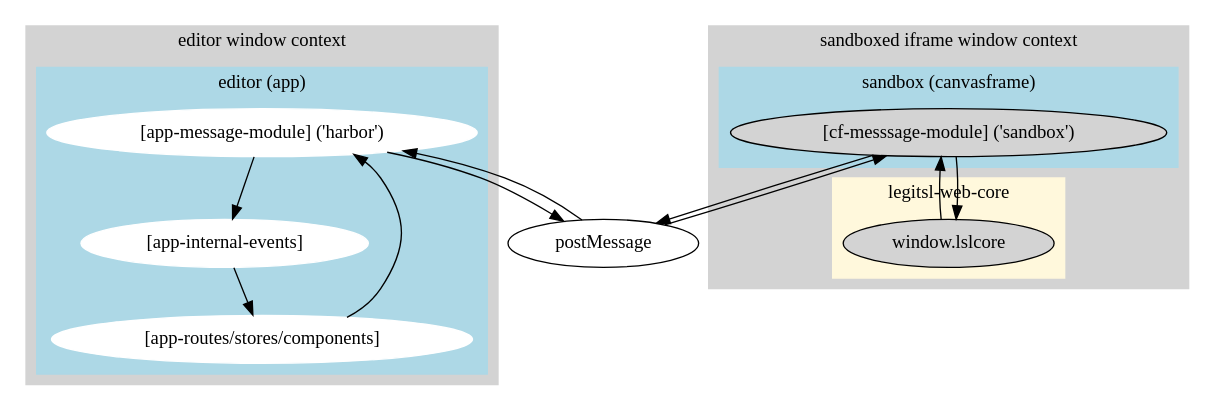
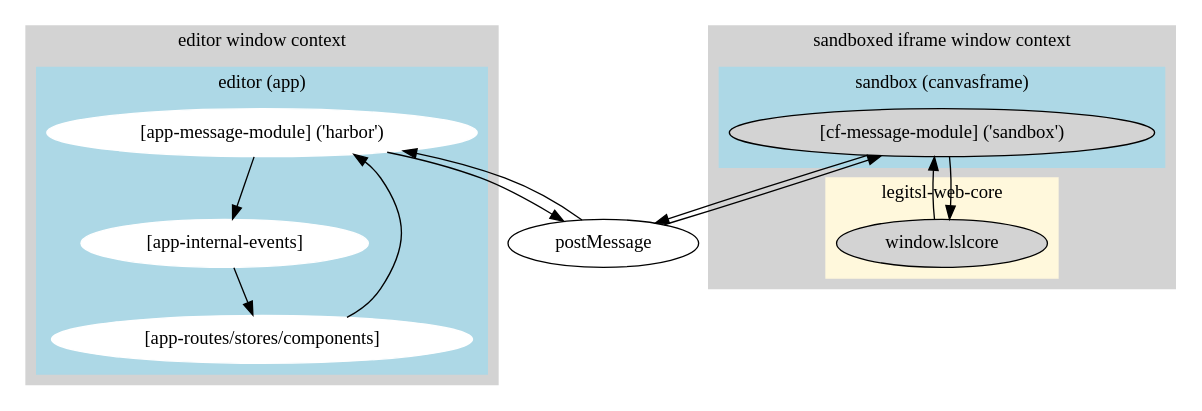
One commit to Sam-Izdat/lsl-editor changed the diagram in doc/messaging.dot. Above: the diagram before and after it, drawn with Graphviz. The commit also changed 4 other files, not shown here.

```diff
--- a/doc/messaging.dot
+++ b/doc/messaging.dot
@@ -1,45 +1,45 @@
 digraph G {
 
   subgraph cluster_editor_window {
     style=filled;
     color=lightgrey;
     label = "editor window context";
      subgraph cluster_0 {
         style=filled;
         color=lightblue;
         node [style=filled,color=white];
         "[app-message-module] ('harbor')";
         "[app-internal-events]";
         "[app-message-module] ('harbor')" -> "[app-internal-events]";
         "[app-internal-events]"->"[app-routes/stores/components]";
         "[app-routes/stores/components]" -> "[app-message-module] ('harbor')";
         label = "editor (app)";
       }
   }
 
   subgraph cluster_sandboxed_iframe {
     style=filled;
     color=lightgrey;
     label = "sandboxed iframe window context";
     node [style=filled];
     
     subgraph cluster_1 {
-      "[cf-messsage-module] ('sandbox')";
+      "[cf-message-module] ('sandbox')";
       label = "sandbox (canvasframe)";
       color=lightblue;
     }
     
     subgraph cluster_2 {
       "window.lslcore";
       label = "legitsl-web-core";
       color=cornsilk;
     }
     
-    "[cf-messsage-module] ('sandbox')" -> "window.lslcore";
-    "window.lslcore" -> "[cf-messsage-module] ('sandbox')";
+    "[cf-message-module] ('sandbox')" -> "window.lslcore";
+    "window.lslcore" -> "[cf-message-module] ('sandbox')";
   }
 
-  "[app-message-module] ('harbor')" -> "postMessage" -> "[cf-messsage-module] ('sandbox')";
-  "[cf-messsage-module] ('sandbox')" -> "postMessage" -> "[app-message-module] ('harbor')";
+  "[app-message-module] ('harbor')" -> "postMessage" -> "[cf-message-module] ('sandbox')";
+  "[cf-message-module] ('sandbox')" -> "postMessage" -> "[app-message-module] ('harbor')";
 
 }
```
